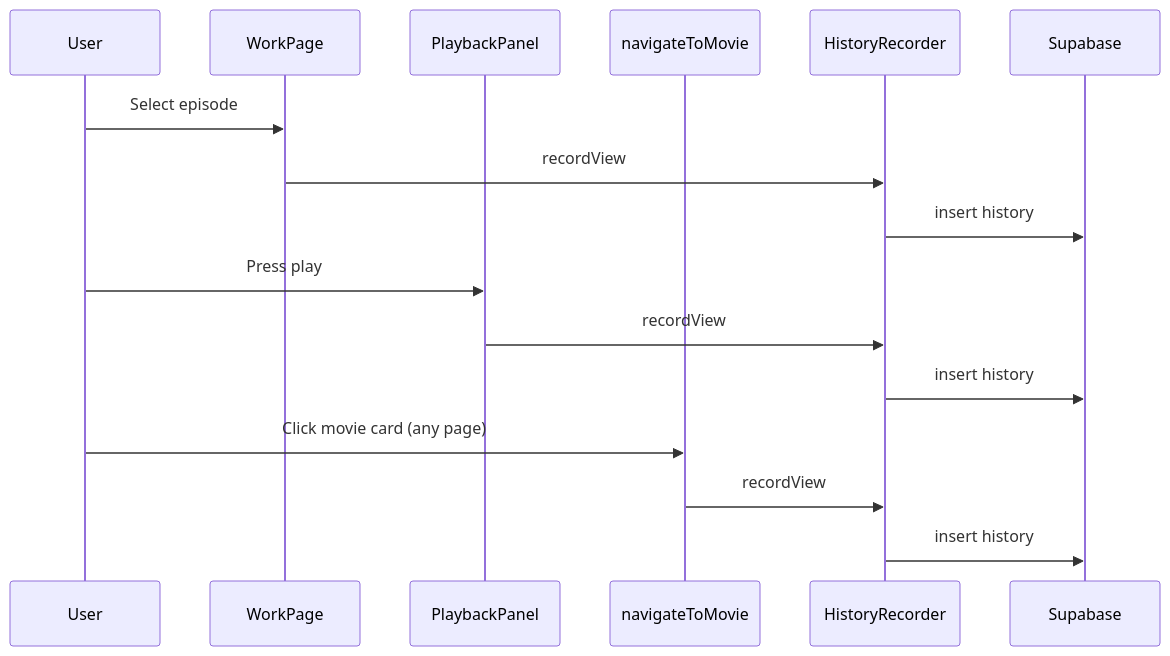
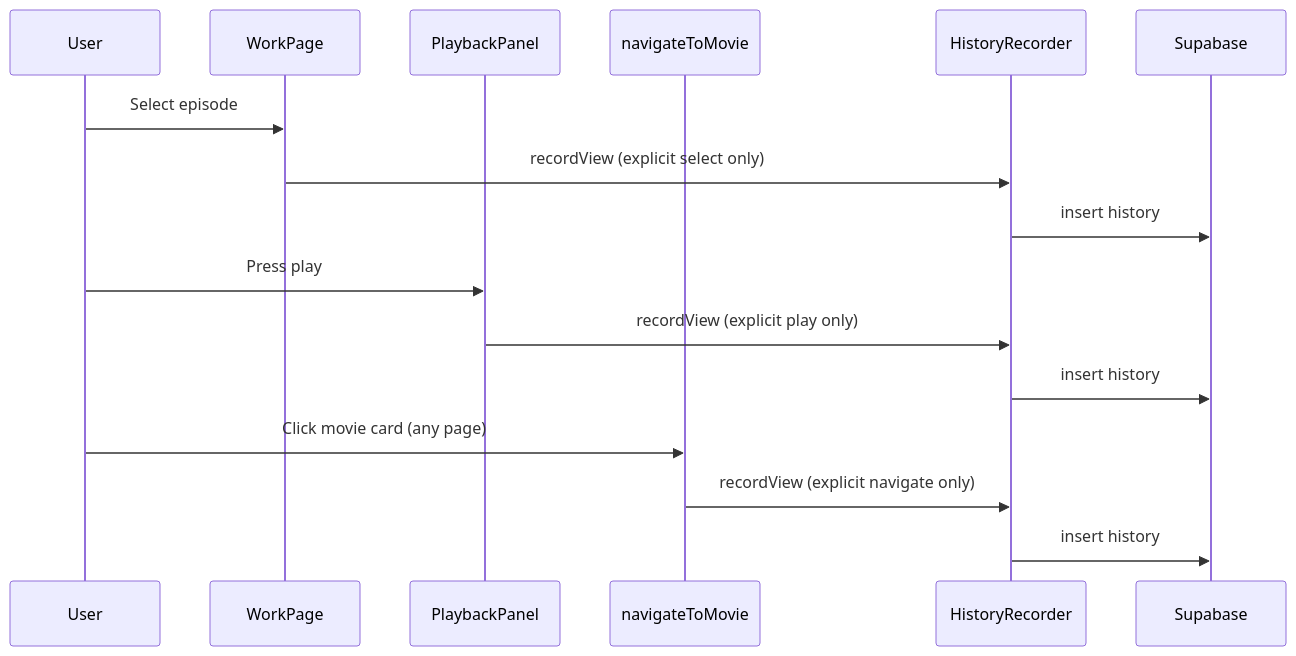
Before and after one commit to arinko39140/mangadouga: the fourth of 5 diagrams in .kiro/specs/viewing-history-page/design.md, drawn with Mermaid. The commit also changed other lines of this file, not shown here.

Commit message:
Clarify history recording triggers and list assumption

````diff
--- a/.kiro/specs/viewing-history-page/design.md
+++ b/.kiro/specs/viewing-history-page/design.md
@@ -144,18 +144,18 @@
 ```mermaid
 sequenceDiagram
   participant User
   participant WorkPage
   participant PlaybackPanel
   participant navigateToMovie
   participant HistoryRecorder
   participant Supabase
   User->>WorkPage: Select episode
-  WorkPage->>HistoryRecorder: recordView
+  WorkPage->>HistoryRecorder: recordView (explicit select only)
   HistoryRecorder->>Supabase: insert history
   User->>PlaybackPanel: Press play
-  PlaybackPanel->>HistoryRecorder: recordView
+  PlaybackPanel->>HistoryRecorder: recordView (explicit play only)
   HistoryRecorder->>Supabase: insert history
   User->>navigateToMovie: Click movie card (any page)
-  navigateToMovie->>HistoryRecorder: recordView
+  navigateToMovie->>HistoryRecorder: recordView (explicit navigate only)
   HistoryRecorder->>Supabase: insert history
 ```
````
